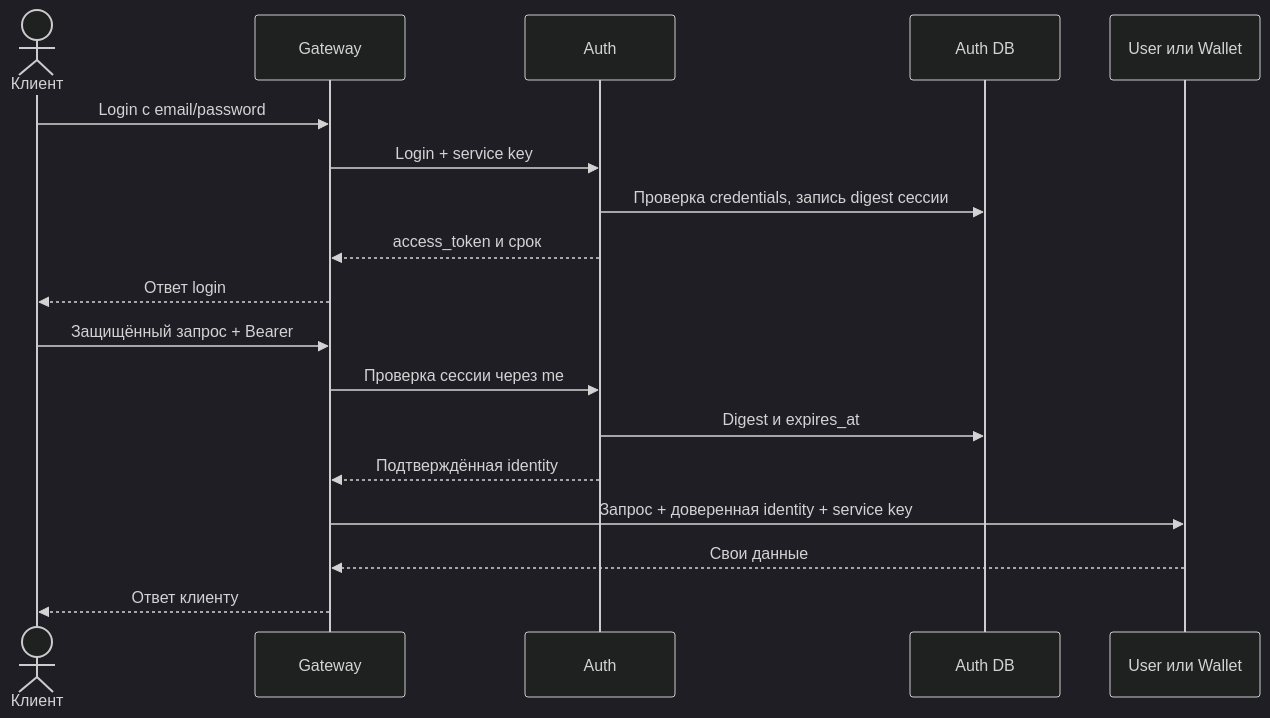
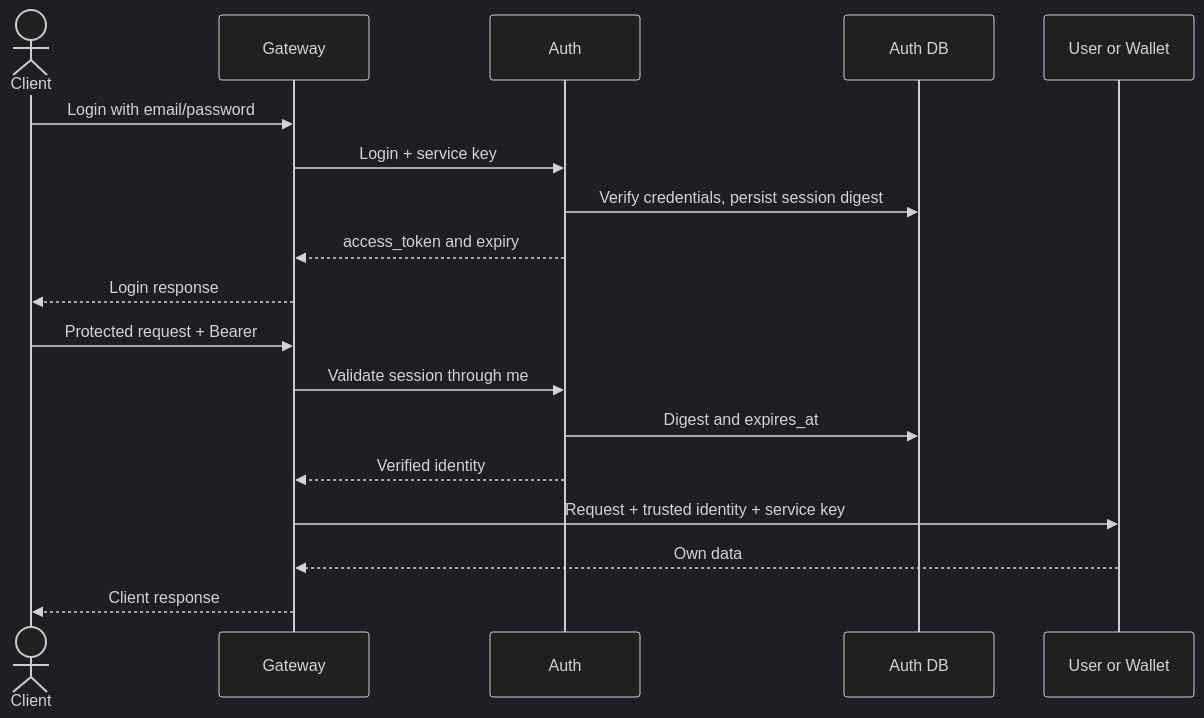
One commit to aarbabaev/ArMoney changed the fourth of 11 diagrams in ARCHITECTURE.md. Above: the diagram before and after it, drawn with Mermaid (dark theme). The commit also changed other lines of this file and 6 other files, not shown here.

Commit message:
Use English architecture documentation and neutral product descriptions

````diff
--- a/ARCHITECTURE.md
+++ b/ARCHITECTURE.md
@@ -134,20 +134,20 @@
 ```mermaid
 sequenceDiagram
-    actor C as Клиент
+    actor C as Client
     participant G as Gateway
     participant A as Auth
     participant DB as Auth DB
-    participant S as User или Wallet
-    C->>G: Login с email/password
+    participant S as User or Wallet
+    C->>G: Login with email/password
     G->>A: Login + service key
-    A->>DB: Проверка credentials, запись digest сессии
-    A-->>G: access_token и срок
-    G-->>C: Ответ login
-    C->>G: Защищённый запрос + Bearer
-    G->>A: Проверка сессии через me
-    A->>DB: Digest и expires_at
-    A-->>G: Подтверждённая identity
-    G->>S: Запрос + доверенная identity + service key
-    S-->>G: Свои данные
-    G-->>C: Ответ клиенту
+    A->>DB: Verify credentials, persist session digest
+    A-->>G: access_token and expiry
+    G-->>C: Login response
+    C->>G: Protected request + Bearer
+    G->>A: Validate session through me
+    A->>DB: Digest and expires_at
+    A-->>G: Verified identity
+    G->>S: Request + trusted identity + service key
+    S-->>G: Own data
+    G-->>C: Client response
 ```
````
